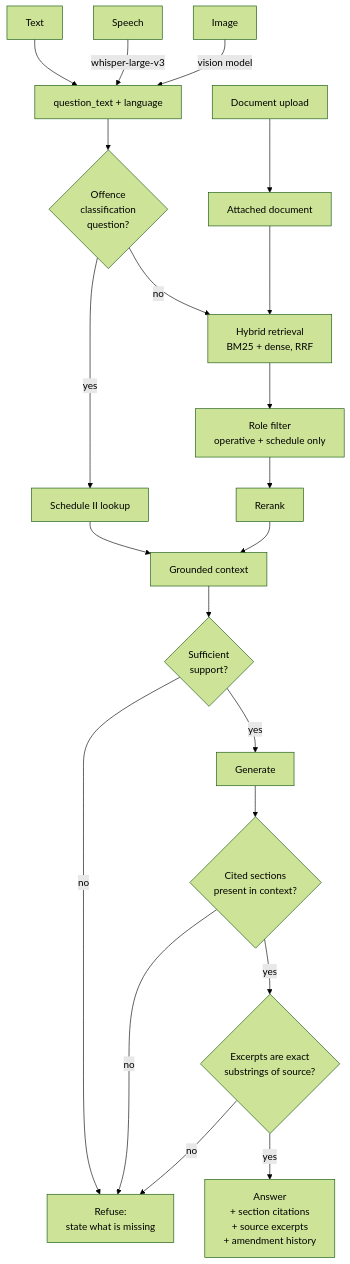
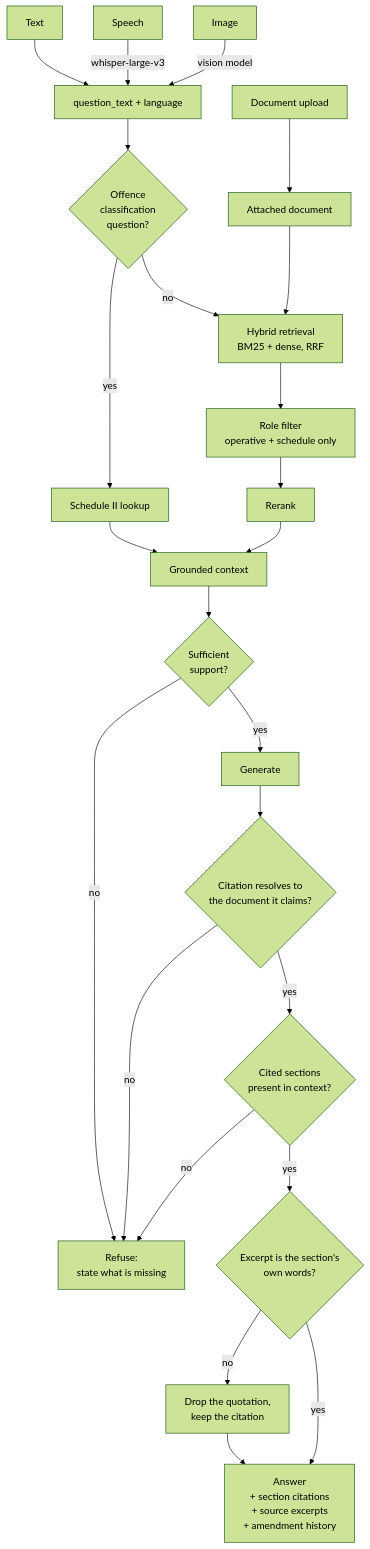
Before and after one commit to asifuddin01/Criminal-Law-Q-A-Assistant: the third of 4 diagrams in docs/architecture.md, drawn with Mermaid (forest theme). The commit also changed other lines of this file and 1 other file, not shown here.

````diff
--- a/docs/architecture.md
+++ b/docs/architecture.md
@@ -81,28 +81,31 @@
 ```mermaid
 flowchart TB
     TXT["Text"] --> NORM
     SPX["Speech"] -->|"whisper-large-v3"| NORM
     IMG["Image"] -->|"vision model"| NORM
     PDF["Document upload"] --> ATT["Attached document"]
 
     NORM["question_text + language"] --> CLS{"Offence<br/>classification<br/>question?"}
     ATT --> RET
 
     CLS -->|yes| SLOOK["Schedule II lookup"]
     CLS -->|no| RET
 
     RET["Hybrid retrieval<br/>BM25 + dense, RRF"] --> FILT["Role filter<br/>operative + schedule only"]
     FILT --> RR["Rerank"]
     SLOOK --> CTX
     RR --> CTX["Grounded context"]
 
     CTX --> ENOUGH{"Sufficient<br/>support?"}
     ENOUGH -->|no| REFUSE["Refuse:<br/>state what is missing"]
     ENOUGH -->|yes| GEN["Generate"]
 
-    GEN --> V1{"Cited sections<br/>present in context?"}
+    GEN --> V0{"Citation resolves to<br/>the document it claims?"}
+    V0 -->|no| REFUSE
+    V0 -->|yes| V1{"Cited sections<br/>present in context?"}
     V1 -->|no| REFUSE
-    V1 -->|yes| V2{"Excerpts are exact<br/>substrings of source?"}
-    V2 -->|no| REFUSE
+    V1 -->|yes| V2{"Excerpt is the section's<br/>own words?"}
+    V2 -->|no| DROP["Drop the quotation,<br/>keep the citation"]
     V2 -->|yes| OUT["Answer<br/>+ section citations<br/>+ source excerpts<br/>+ amendment history"]
+    DROP --> OUT
 ```
````
